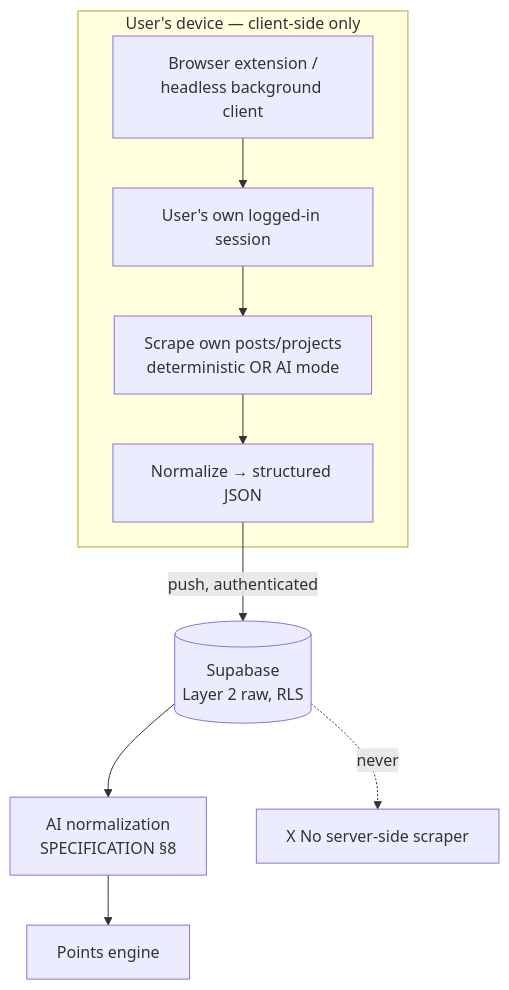
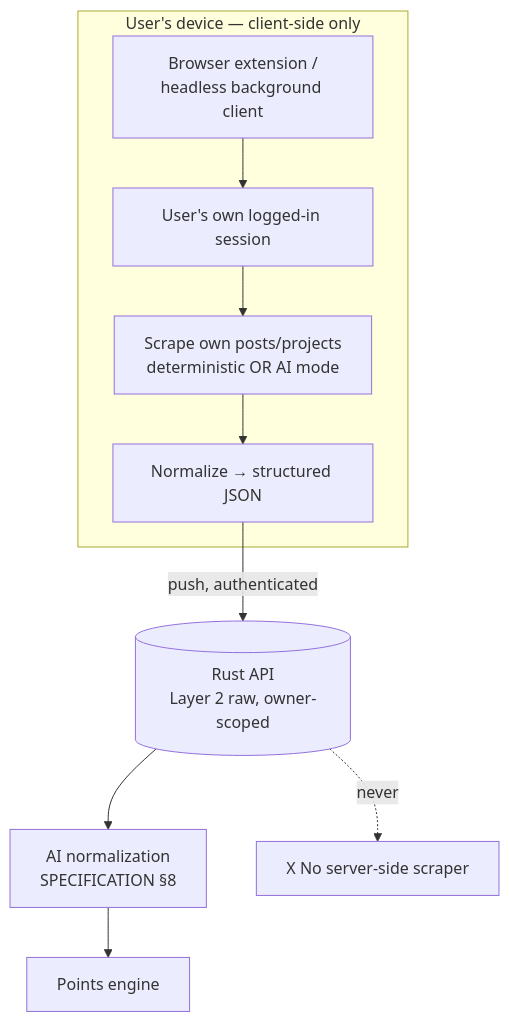
One commit to PyTorchPH/pytorchph.github.io changed the first of 3 diagrams in docs/CLIENT-SCRAPING.md. Above: the diagram before and after it, drawn with Mermaid. The commit also changed other lines of this file and 25 other files, not shown here.

Commit message:
docs: describe the Rust API instead of Supabase

````diff
--- a/docs/CLIENT-SCRAPING.md
+++ b/docs/CLIENT-SCRAPING.md
@@ -23,14 +23,14 @@
 ```mermaid
 flowchart TD
     subgraph Device[User's device — client-side only]
         EXT[Browser extension /<br/>headless background client]
         SESS[User's own logged-in session]
         SCRAPE[Scrape own posts/projects<br/>deterministic OR AI mode]
         PKG[Normalize → structured JSON]
         EXT --> SESS --> SCRAPE --> PKG
     end
-    PKG -->|push, authenticated| SB[(Supabase<br/>Layer 2 raw, RLS)]
+    PKG -->|push, authenticated| SB[(Rust API<br/>Layer 2 raw, owner-scoped)]
     SB --> NORM[AI normalization<br/>SPECIFICATION §8]
     NORM --> PTS[Points engine]
     SB -. never .-> SRV[X No server-side scraper]
 ```
````
